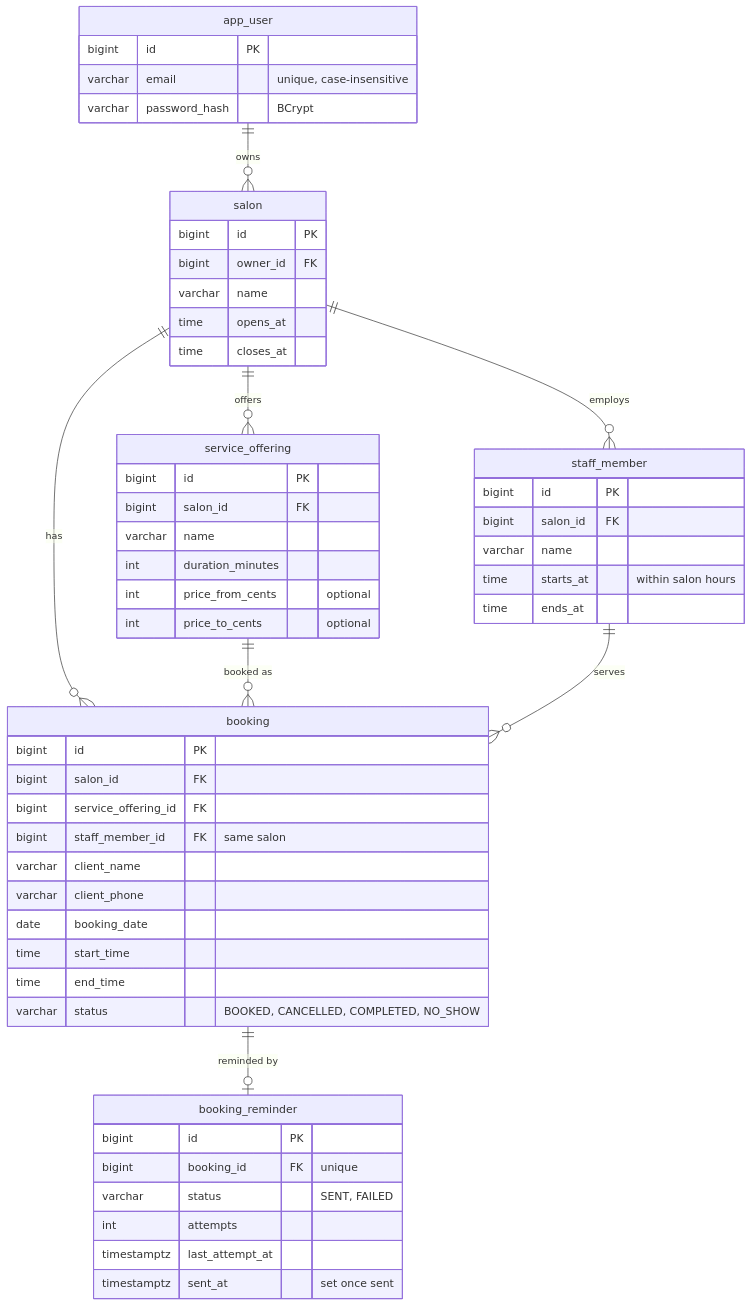
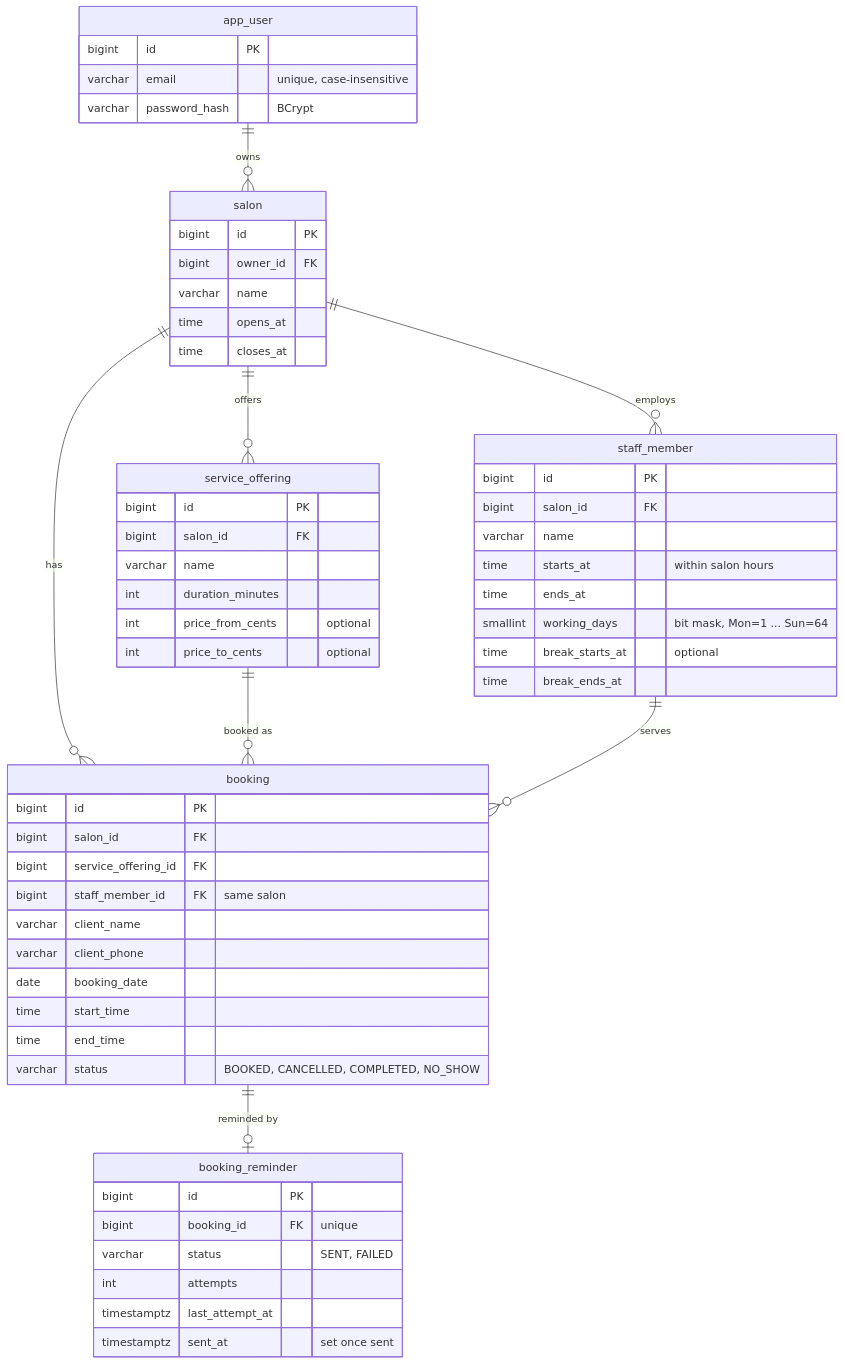
The fourth of 4 diagrams in README.md (afunemma/salon-booking-api), drawn with Mermaid before and after one commit. The commit also changed other lines of this file and 16 other files, not shown here.

````diff
--- a/README.md
+++ b/README.md
@@ -122,58 +125,61 @@
 ```mermaid
 erDiagram
     app_user ||--o{ salon : owns
     salon ||--o{ service_offering : offers
     salon ||--o{ staff_member : employs
     salon ||--o{ booking : has
     service_offering ||--o{ booking : "booked as"
     staff_member ||--o{ booking : serves
     booking ||--o| booking_reminder : "reminded by"
 
     app_user {
         bigint id PK
         varchar email "unique, case-insensitive"
         varchar password_hash "BCrypt"
     }
     salon {
         bigint id PK
         bigint owner_id FK
         varchar name
         time opens_at
         time closes_at
     }
     service_offering {
         bigint id PK
         bigint salon_id FK
         varchar name
         int duration_minutes
         int price_from_cents "optional"
         int price_to_cents "optional"
     }
     staff_member {
         bigint id PK
         bigint salon_id FK
         varchar name
         time starts_at "within salon hours"
         time ends_at
+        smallint working_days "bit mask, Mon=1 ... Sun=64"
+        time break_starts_at "optional"
+        time break_ends_at
     }
     booking {
         bigint id PK
         bigint salon_id FK
         bigint service_offering_id FK
         bigint staff_member_id FK "same salon"
         varchar client_name
         varchar client_phone
         date booking_date
         time start_time
         time end_time
         varchar status "BOOKED, CANCELLED, COMPLETED, NO_SHOW"
     }
     booking_reminder {
         bigint id PK
         bigint booking_id FK "unique"
         varchar status "SENT, FAILED"
         int attempts
         timestamptz last_attempt_at
         timestamptz sent_at "set once sent"
     }
 ```
````
